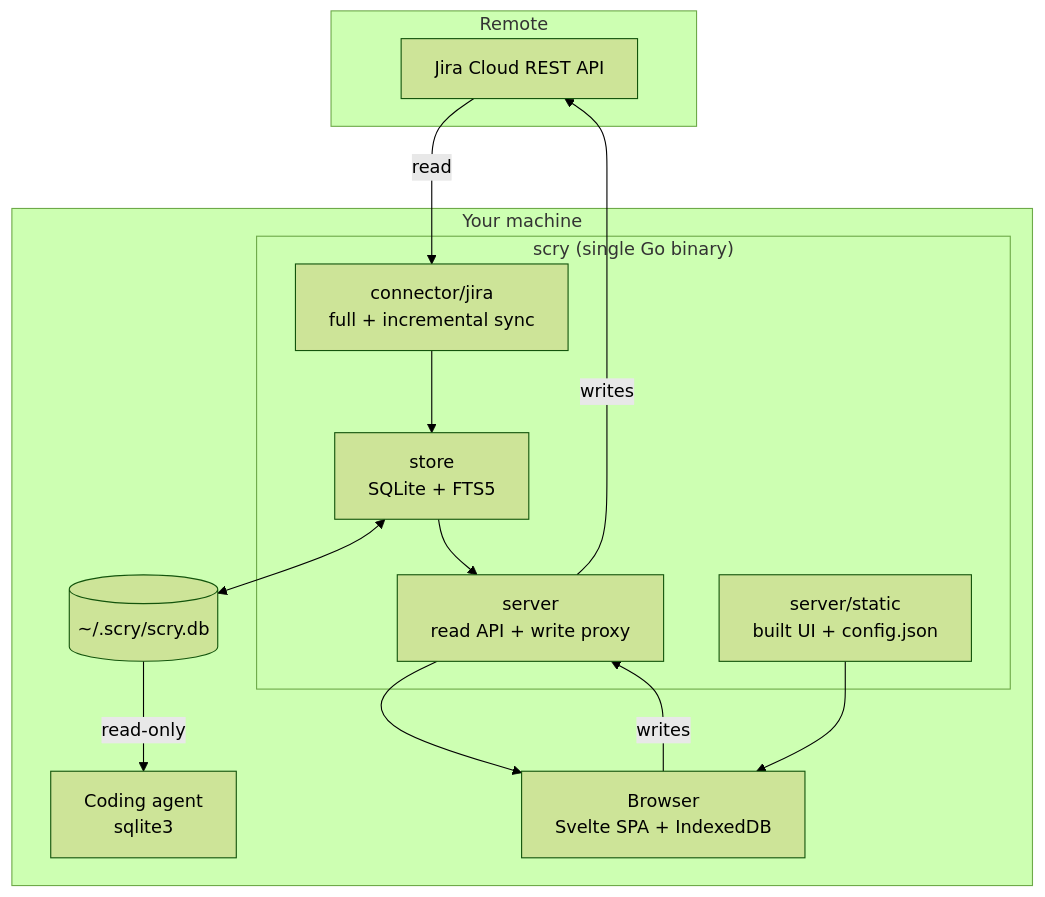
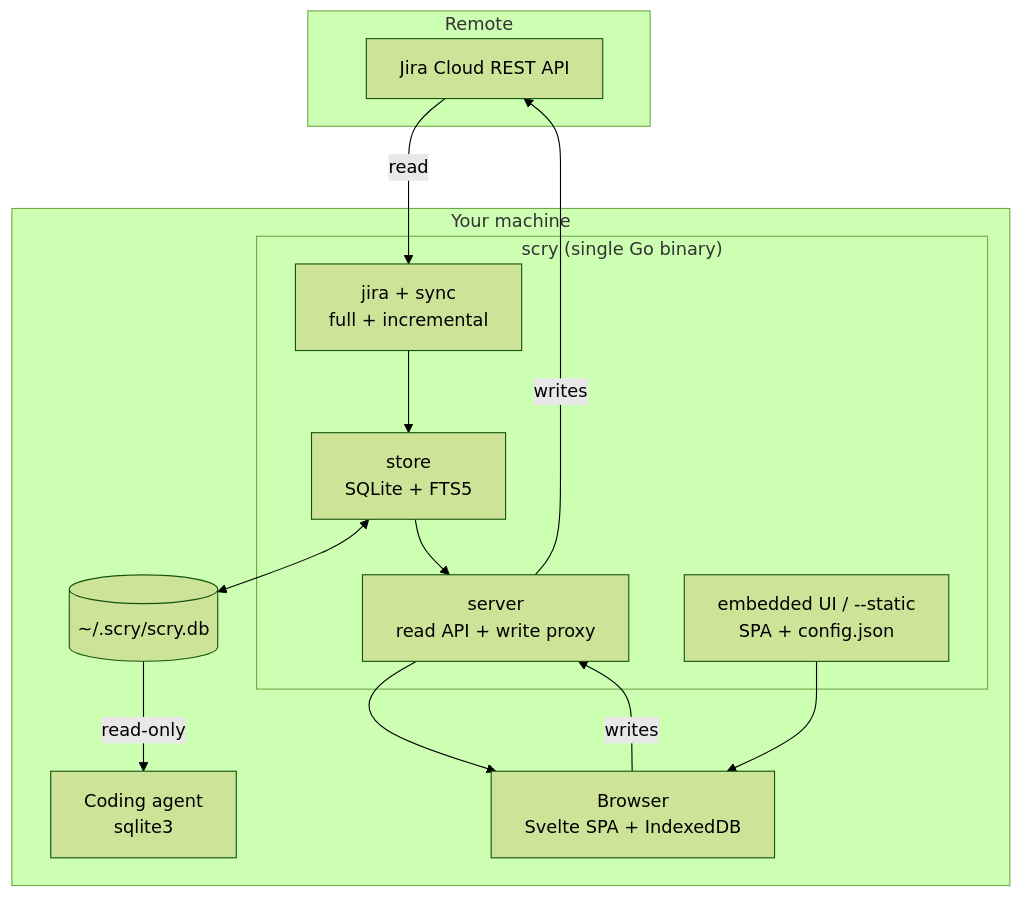
The diagram in docs/ARCHITECTURE.md (midagedev/gadak), drawn with Mermaid (forest theme) before and after one commit. The commit also changed other lines of this file and 12 other files, not shown here.

````diff
--- a/docs/ARCHITECTURE.md
+++ b/docs/ARCHITECTURE.md
@@ -7,27 +7,27 @@
 ```mermaid
 flowchart TB
   subgraph Remote
     Jira["Jira Cloud REST API"]
   end
   subgraph Machine["Your machine"]
     subgraph Binary["scry (single Go binary)"]
-      Sync["connector/jira<br/>full + incremental sync"]
+      Sync["jira + sync<br/>full + incremental"]
       Store["store<br/>SQLite + FTS5"]
       API["server<br/>read API + write proxy"]
-      Static["server/static<br/>built UI + config.json"]
+      UI["embedded UI / --static<br/>SPA + config.json"]
     end
     DB[("~/.scry/scry.db")]
     Browser["Browser<br/>Svelte SPA + IndexedDB"]
     Agent["Coding agent<br/>sqlite3"]
   end
 
   Jira -->|"read"| Sync
   Sync --> Store
   Store <--> DB
   Store --> API
   API --> Browser
-  Static --> Browser
+  UI --> Browser
   Browser -->|"writes"| API
   API -->|"writes"| Jira
   DB -->|"read-only"| Agent
 ```
````
